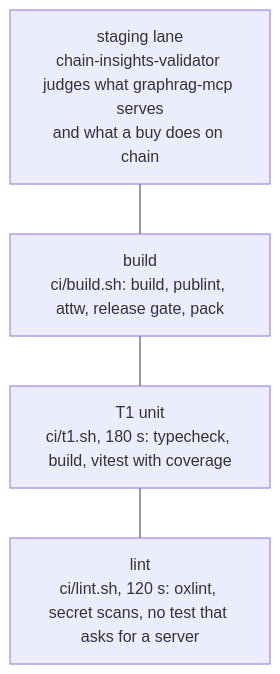
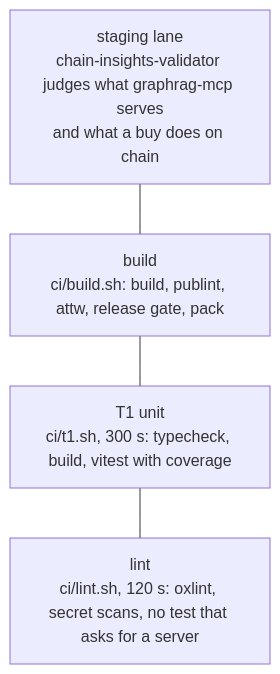
Before and after one commit to chainswarm/chain-insights: the diagram in docs/testing.md, drawn with Mermaid. The commit also changed 3 other files, not shown here.

````diff
--- a/docs/testing.md
+++ b/docs/testing.md
@@ -7,8 +7,8 @@
 ```mermaid
 flowchart TB
     T4["staging lane<br/>chain-insights-validator judges what graphrag-mcp serves<br/>and what a buy does on chain"]
     B["build<br/>ci/build.sh: build, publint, attw, release gate, pack"]
-    T1["T1 unit<br/>ci/t1.sh, 180 s: typecheck, build, vitest with coverage"]
+    T1["T1 unit<br/>ci/t1.sh, 300 s: typecheck, build, vitest with coverage"]
     L["lint<br/>ci/lint.sh, 120 s: oxlint, secret scans, no test that asks for a server"]
     T4 --- B --- T1 --- L
 ```
````
